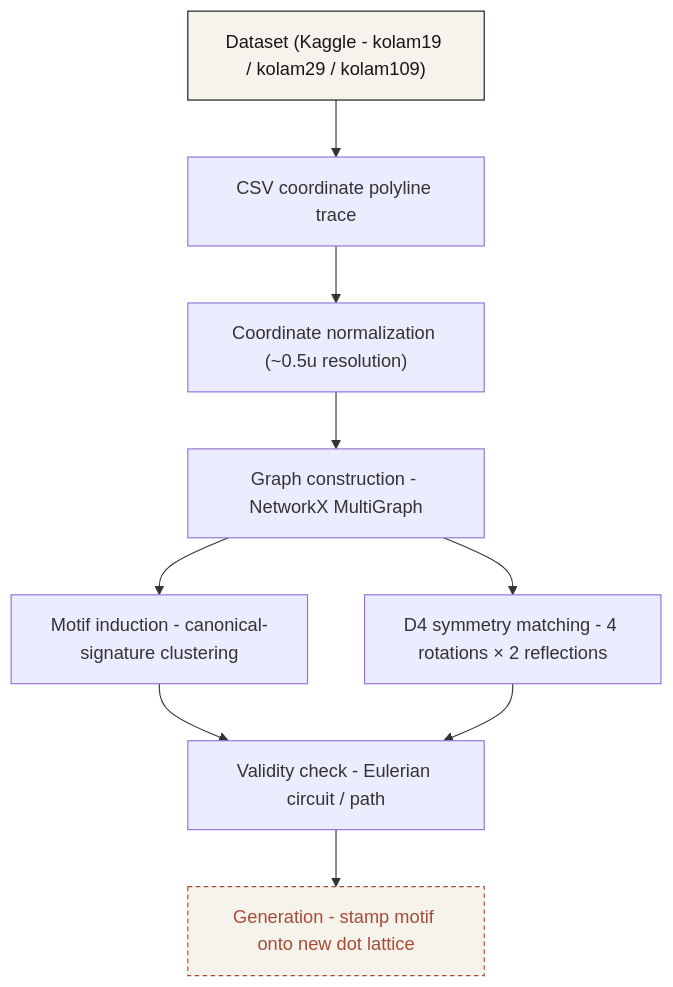
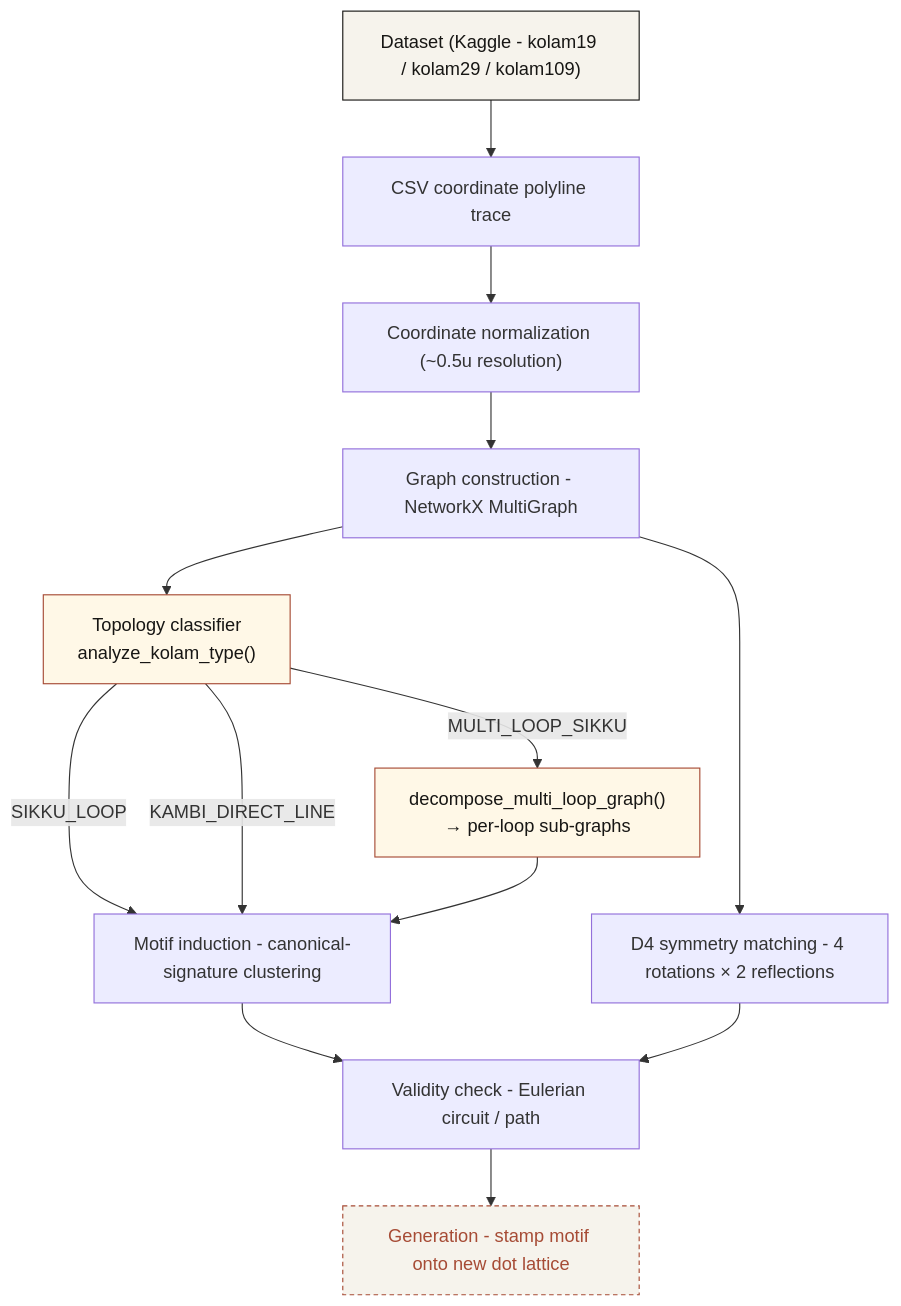
One commit to SIH-2026-Celestials/pulli_kolam changed the third of 3 diagrams in README.md. Above: the diagram before and after it, drawn with Mermaid. The commit also changed other lines of this file and 36 other files, not shown here.

Commit message:
feat: add favicon assets, Task 8 topology classifier, and em-dash cleanup

````diff
--- a/README.md
+++ b/README.md
@@ -156,14 +156,20 @@
 ```mermaid
 flowchart TD
     A["Dataset (Kaggle - kolam19 / kolam29 / kolam109)"] --> B["CSV coordinate polyline trace"]
     B --> C["Coordinate normalization (~0.5u resolution)"]
     C --> D["Graph construction - NetworkX MultiGraph"]
-    D --> E["Motif induction - canonical-signature clustering"]
+    D --> T["Topology classifier\nanalyze_kolam_type()"]
+    T --> |"SIKKU_LOOP"| E["Motif induction - canonical-signature clustering"]
+    T --> |"MULTI_LOOP_SIKKU"| DM["decompose_multi_loop_graph()\n→ per-loop sub-graphs"]
+    T --> |"KAMBI_DIRECT_LINE"| E
+    DM --> E
     D --> F["D4 symmetry matching - 4 rotations × 2 reflections"]
     E --> G["Validity check - Eulerian circuit / path"]
     F --> G
     G --> H["Generation - stamp motif onto new dot lattice"]
 
     style A fill:#F6F3EC,stroke:#171614,color:#171614
+    style T fill:#FFF8E7,stroke:#A64B35,color:#171614
+    style DM fill:#FFF8E7,stroke:#A64B35,color:#171614
     style H fill:#F6F3EC,stroke:#A64B35,color:#A64B35,stroke-dasharray: 4 3
 ```
````
